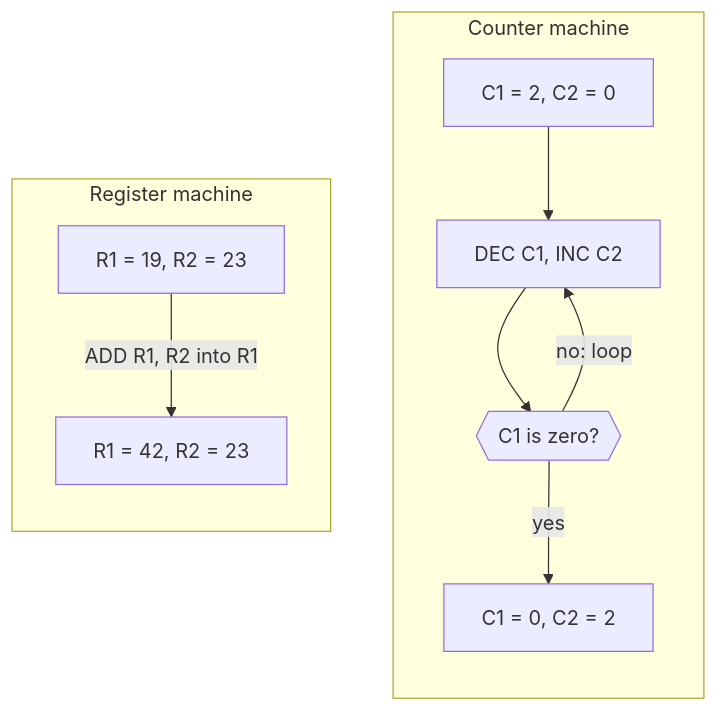
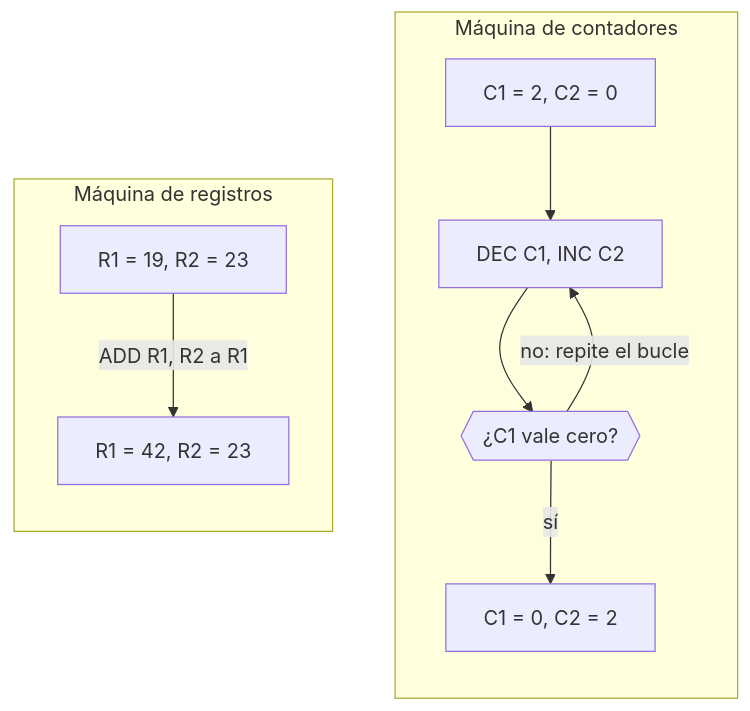
The diagram in lessons/cs-source/concepts/register-machine.md (dullroar/aprende-a-programar-como-un-bicho-raro), drawn with Mermaid before and after one commit. The commit also changed other lines of this file and 42 other files, not shown here.

````diff
--- a/lessons/cs-source/concepts/register-machine.md
+++ b/lessons/cs-source/concepts/register-machine.md
@@ -8,16 +8,16 @@
 ```mermaid
 flowchart TB
-    accTitle: A register machine names its storage cells; a counter machine needs only increment, decrement and a zero test
-    accDescr: Two panels. In the register machine, registers R1 and R2 hold 19 and 23. The instruction ADD R1, R2 into R1 leaves R1 holding 42 and R2 still holding 23. In the counter machine, counters C1 and C2 start at 2 and 0. A loop decrements C1, increments C2 and tests C1 for zero. If C1 is not zero, the loop runs again. When C1 reaches zero, C1 is 0 and C2 is 2.
-    subgraph CNT["Counter machine"]
+    accTitle: Una máquina de registros identifica sus celdas. Una máquina de contadores solo necesita sumar, restar y comprobar si llega a cero
+    accDescr: Dos paneles. En la máquina de registros, los registros R1 y R2 contienen 19 y 23. La instrucción ADD R1, R2 guarda el resultado en R1. R1 queda con 42 y R2 conserva 23. En la máquina de contadores, C1 y C2 empiezan en 2 y 0. Un bucle decrementa C1, incrementa C2 y comprueba si C1 vale cero. Si C1 no vale cero, el bucle se ejecuta de nuevo. Cuando C1 llega a cero, C1 vale 0 y C2 vale 2.
+    subgraph CNT["Máquina de contadores"]
         direction TB
         c1["C1 = 2, C2 = 0"] --> c2["DEC C1, INC C2"]
-        c2 --> c3{{"C1 is zero?"}}
-        c3 -->|"no: loop"| c2
-        c3 -->|"yes"| c4["C1 = 0, C2 = 2"]
+        c2 --> c3{{"¿C1 vale cero?"}}
+        c3 -->|"no: repite el bucle"| c2
+        c3 -->|"sí"| c4["C1 = 0, C2 = 2"]
     end
-    subgraph REG["Register machine"]
+    subgraph REG["Máquina de registros"]
         direction TB
-        r1["R1 = 19, R2 = 23"] -->|"ADD R1, R2 into R1"| r2["R1 = 42, R2 = 23"]
+        r1["R1 = 19, R2 = 23"] -->|"ADD R1, R2 a R1"| r2["R1 = 42, R2 = 23"]
     end
 ```
````
